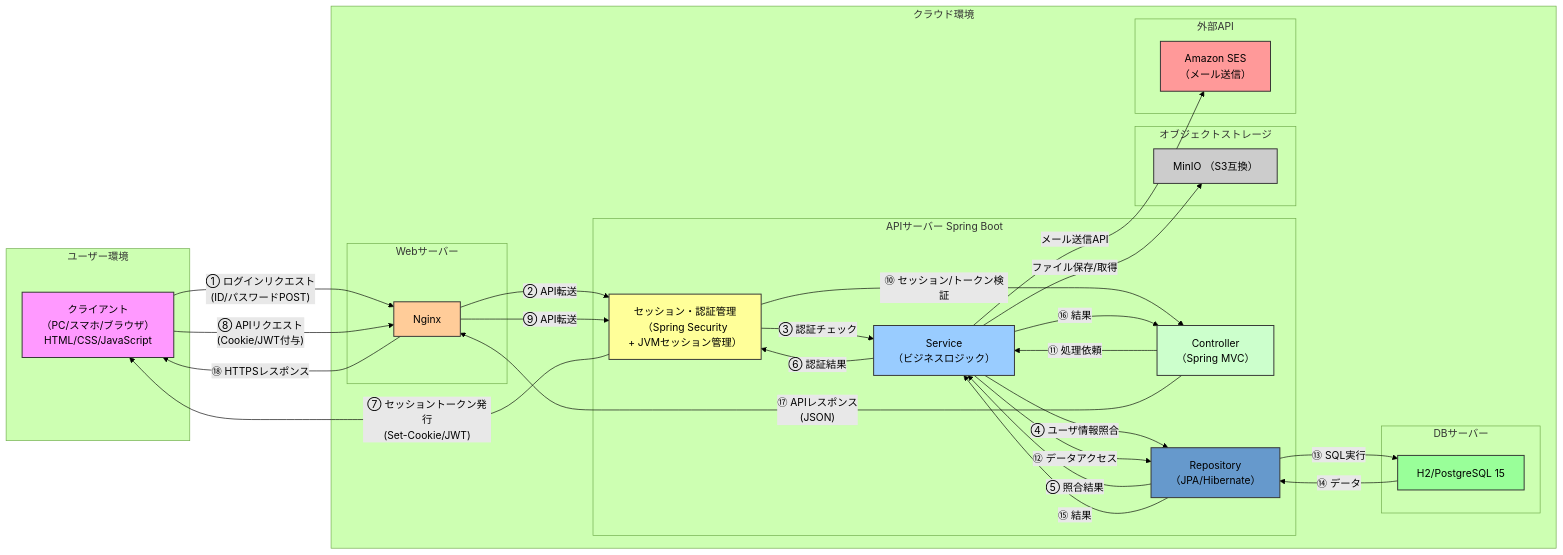
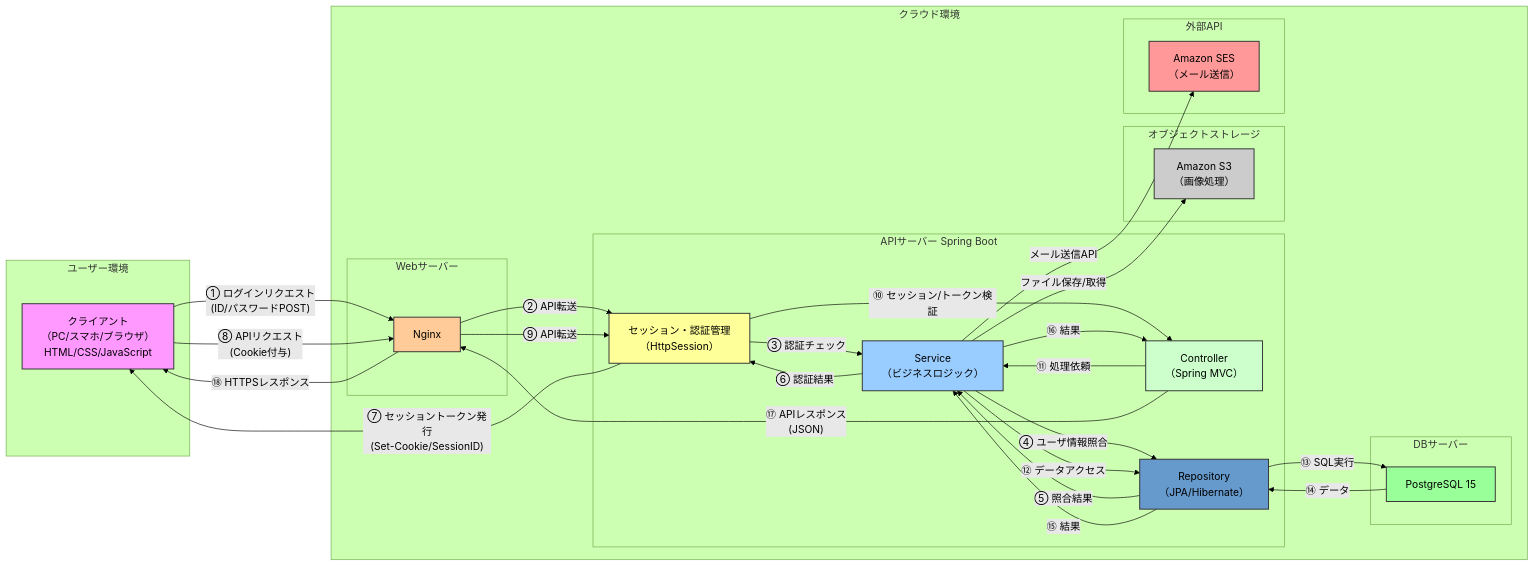
One commit to shogomaeda758/Bacon changed the diagram in 詳細設計/2.md. Above: the diagram before and after it, drawn with Mermaid (forest theme).

Commit message:
システム概要修正

```diff
--- a/詳細設計/2.md
+++ b/詳細設計/2.md
@@ -7,77 +7,77 @@
 <div class="mermaid">
 graph LR
     subgraph ユーザー環境
         A[クライアント<br>（PC/スマホ/ブラウザ）<br>HTML/CSS/JavaScript]
     end
 
 
     subgraph クラウド環境
         subgraph Webサーバー
             B[Nginx]
         end
 
 
         subgraph APIサーバー Spring Boot
-            S[セッション・認証管理<br>（Spring Security<br>+ JVMセッション管理）]
+            S[セッション・認証管理<br>（HttpSession）]
             C[Controller<br>（Spring MVC）]
             D[Service<br>（ビジネスロジック）]
             E[Repository<br>（JPA/Hibernate）]
         end
 
 
         subgraph DBサーバー
-            F[H2/PostgreSQL 15]
+            F[PostgreSQL 15]
         end
 
 
         subgraph オブジェクトストレージ
-            G[MinIO （S3互換）]
+            G[Amazon S3<br>（画像処理）]
         end
 
 
         subgraph 外部API
             H[Amazon SES<br>（メール送信）]
         end
     end
 
 
     %% ログイン処理フロー
     A -- ① ログインリクエスト<br>(ID/パスワードPOST) --> B
     B -- ② API転送 --> S
     S -- ③ 認証チェック --> D
     D -- ④ ユーザ情報照合 --> E
     E -- ⑤ 照合結果 --> D
     D -- ⑥ 認証結果 --> S
-    S -- ⑦ セッショントークン発行<br>(Set-Cookie/JWT) --> A
+    S -- ⑦ セッショントークン発行<br>(Set-Cookie/SessionID) --> A
 
 
     %% 認証付きAPIアクセス
-    A -- ⑧ APIリクエスト<br>(Cookie/JWT付与) --> B
+    A -- ⑧ APIリクエスト<br>(Cookie付与) --> B
     B -- ⑨ API転送 --> S
     S -- ⑩ セッション/トークン検証 --> C
     C -- ⑪ 処理依頼 --> D
     D -- ⑫ データアクセス --> E
     E -- ⑬ SQL実行 --> F
     F -- ⑭ データ --> E
     E -- ⑮ 結果 --> D
     D -- ⑯ 結果 --> C
     C -- ⑰ APIレスポンス<br>(JSON) --> B
     B -- ⑱ HTTPSレスポンス --> A
 
 
     %% さらにストレージや外部API呼び出し
     D -- ファイル保存/取得 --> G
     D -- メール送信API --> H
 
 
     %% スタイル
     style A fill:#f9f,stroke:#333,stroke-width:1.5px
     style B fill:#ffcc99,stroke:#333,stroke-width:1.5px
     style C fill:#ccffcc,stroke:#333,stroke-width:1.5px
     style D fill:#99ccff,stroke:#333,stroke-width:1.5px
     style E fill:#6699cc,stroke:#333,stroke-width:1.5px
     style F fill:#99ff99,stroke:#333,stroke-width:1.5px
     style G fill:#cccccc,stroke:#333,stroke-width:1.5px
     style H fill:#ff9999,stroke:#333,stroke-width:1.5px
     style S fill:#ffff99,stroke:#333,stroke-width:1.5px
 </div>
```
